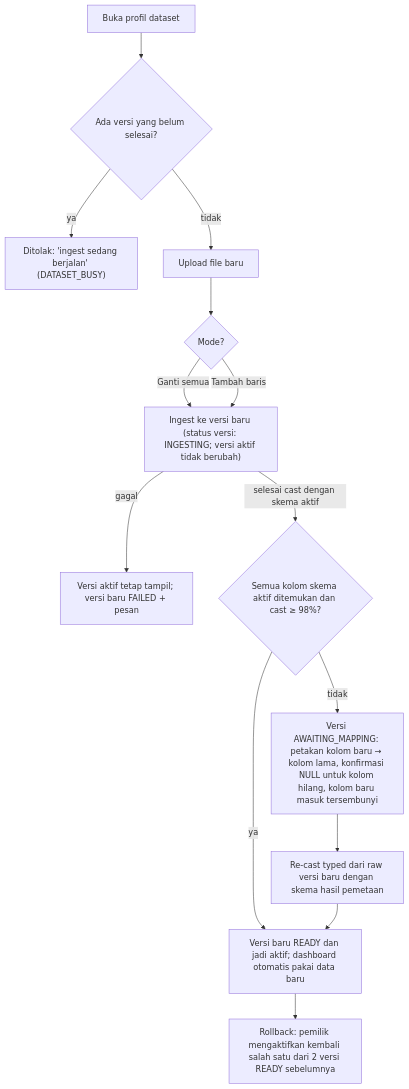
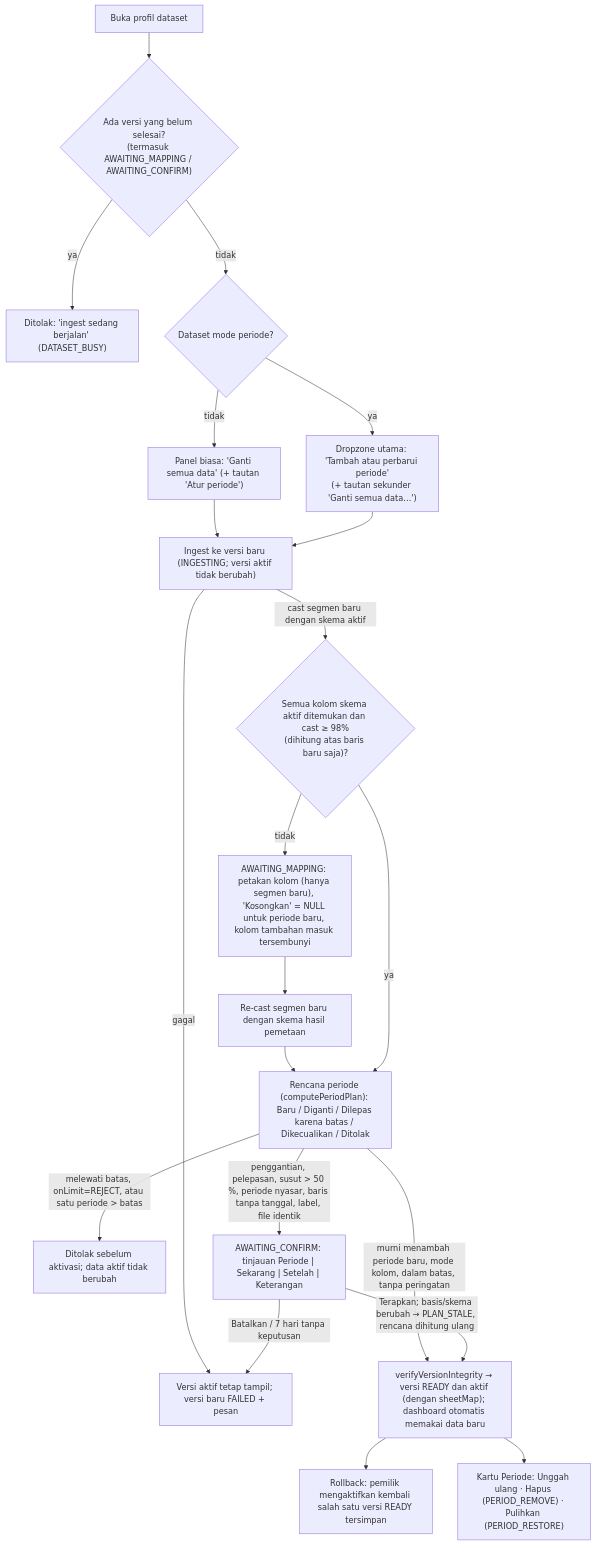
The fourth of 9 diagrams in docs/flow-kerja.md (anas-fikri/data-dashboard), drawn with Mermaid before and after one commit. The commit also changed other lines of this file and 3 other files, not shown here.

First line of the commit message:
docs(T-034): ADR-0008 accepted — ulang ukur segmen di olympus lolos kriteria pengganti; amandemen flow-kerja

````diff
--- a/docs/flow-kerja.md
+++ b/docs/flow-kerja.md
@@ -87,16 +87,23 @@
 ```mermaid
 flowchart TD
-  P["Buka profil dataset"] --> B{"Ada versi yang belum selesai?"}
+  P["Buka profil dataset"] --> B{"Ada versi yang belum selesai?<br/>(termasuk AWAITING_MAPPING / AWAITING_CONFIRM)"}
   B -->|ya| BUSY["Ditolak: 'ingest sedang berjalan' (DATASET_BUSY)"]
-  B -->|tidak| U2["Upload file baru"]
-  U2 --> M{"Mode?"}
-  M -->|Ganti semua| I["Ingest ke versi baru (status versi: INGESTING; versi aktif tidak berubah)"]
-  M -->|Tambah baris| I
+  B -->|tidak| PM{"Dataset mode periode?"}
+  PM -->|tidak| G["Panel biasa: 'Ganti semua data' (+ tautan 'Atur periode')"]
+  PM -->|ya| TP["Dropzone utama: 'Tambah atau perbarui periode'<br/>(+ tautan sekunder 'Ganti semua data…')"]
+  G --> I["Ingest ke versi baru (INGESTING; versi aktif tidak berubah)"]
+  TP --> I
   I -->|gagal| OLD["Versi aktif tetap tampil; versi baru FAILED + pesan"]
-  I -->|selesai cast dengan skema aktif| K{"Semua kolom skema aktif ditemukan dan cast ≥ 98%?"}
-  K -->|ya| AK["Versi baru READY dan jadi aktif; dashboard otomatis pakai data baru"]
-  K -->|tidak| MP["Versi AWAITING_MAPPING: petakan kolom baru → kolom lama, konfirmasi NULL untuk kolom hilang, kolom baru masuk tersembunyi"]
-  MP --> RC["Re-cast typed dari raw versi baru dengan skema hasil pemetaan"]
-  RC --> AK
-  AK --> RB["Rollback: pemilik mengaktifkan kembali salah satu dari 2 versi READY sebelumnya"]
+  I -->|cast segmen baru dengan skema aktif| K{"Semua kolom skema aktif ditemukan dan cast ≥ 98%<br/>(dihitung atas baris baru saja)?"}
+  K -->|tidak| MP["AWAITING_MAPPING: petakan kolom (hanya segmen baru), 'Kosongkan' = NULL untuk periode baru, kolom tambahan masuk tersembunyi"]
+  MP --> RC["Re-cast segmen baru dengan skema hasil pemetaan"]
+  RC --> PL
+  K -->|ya| PL["Rencana periode (computePeriodPlan): Baru / Diganti / Dilepas karena batas / Dikecualikan / Ditolak"]
+  PL -->|melewati batas, onLimit=REJECT, atau satu periode > batas| REJ["Ditolak sebelum aktivasi; data aktif tidak berubah"]
+  PL -->|murni menambah periode baru, mode kolom, dalam batas, tanpa peringatan| AK
+  PL -->|penggantian, pelepasan, susut > 50 %, periode nyasar, baris tanpa tanggal, label, file identik| CF["AWAITING_CONFIRM: tinjauan Periode | Sekarang | Setelah | Keterangan"]
+  CF -->|Terapkan; basis/skema berubah → PLAN_STALE, rencana dihitung ulang| AK["verifyVersionIntegrity → versi READY dan aktif (dengan sheetMap); dashboard otomatis memakai data baru"]
+  CF -->|Batalkan / 7 hari tanpa keputusan| OLD
+  AK --> RB["Rollback: pemilik mengaktifkan kembali salah satu versi READY tersimpan"]
+  AK --> PR["Kartu Periode: Unggah ulang · Hapus (PERIOD_REMOVE) · Pulihkan (PERIOD_RESTORE)"]
 ```
````
